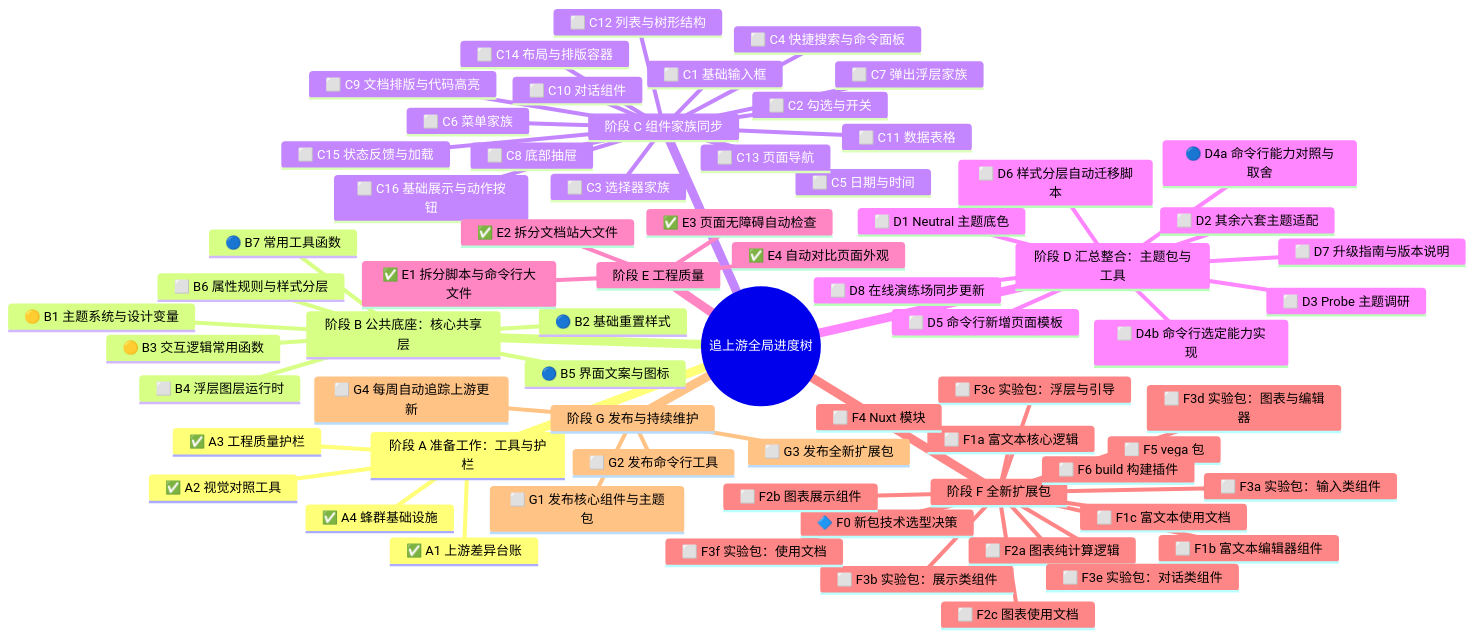
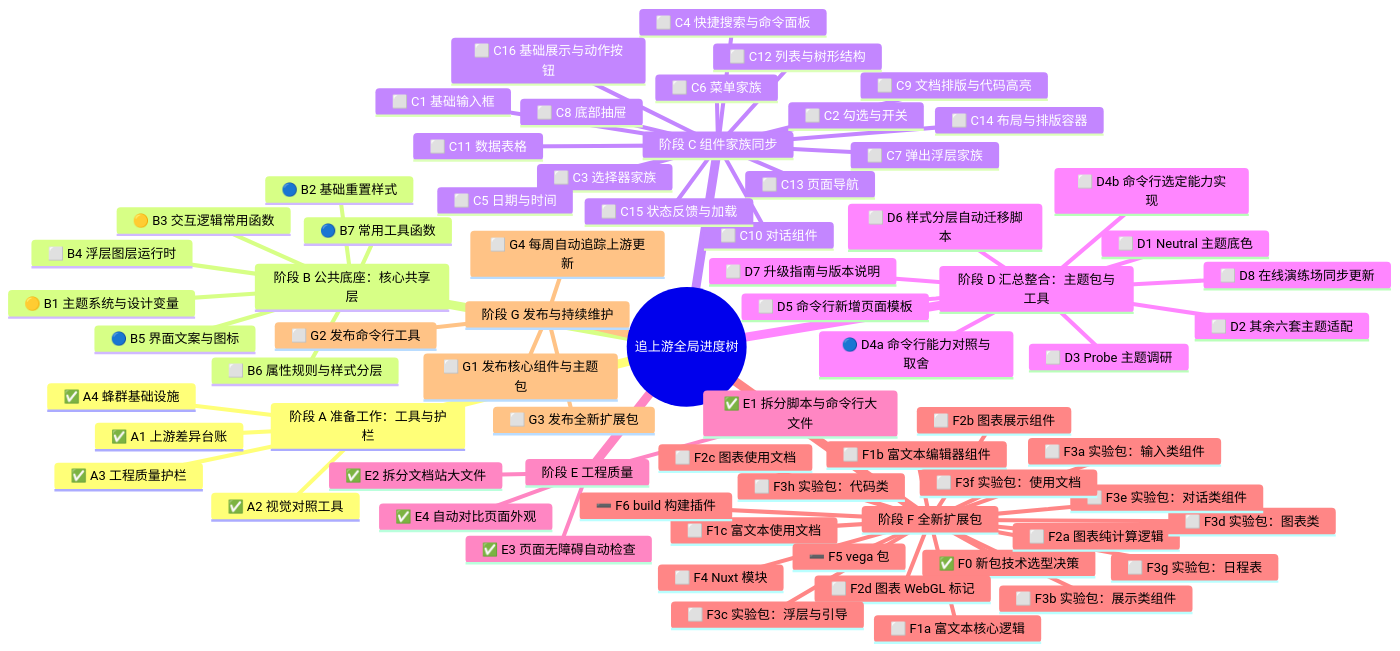
One commit to astryx-vue/astryx-vue changed the first of 6 diagrams in .agents-work/upstream-sync/ROADMAP.md. Above: the diagram before and after it, drawn with Mermaid. The commit also changed other lines of this file and 1 other file, not shown here.

````diff
--- a/.agents-work/upstream-sync/ROADMAP.md
+++ b/.agents-work/upstream-sync/ROADMAP.md
@@ -8,71 +8,74 @@
 ```mermaid
 mindmap
   root((追上游全局进度树))
     阶段 A 准备工作：工具与护栏
       ✅ A1 上游差异台账
       ✅ A2 视觉对照工具
       ✅ A3 工程质量护栏
       ✅ A4 蜂群基础设施
     阶段 B 公共底座：核心共享层
       🟡 B1 主题系统与设计变量
       🔵 B2 基础重置样式
       🟡 B3 交互逻辑常用函数
       ⬜ B4 浮层图层运行时
       🔵 B5 界面文案与图标
       ⬜ B6 属性规则与样式分层
       🔵 B7 常用工具函数
     阶段 C 组件家族同步
       ⬜ C1 基础输入框
       ⬜ C2 勾选与开关
       ⬜ C3 选择器家族
       ⬜ C4 快捷搜索与命令面板
       ⬜ C5 日期与时间
       ⬜ C6 菜单家族
       ⬜ C7 弹出浮层家族
       ⬜ C8 底部抽屉
       ⬜ C9 文档排版与代码高亮
       ⬜ C10 对话组件
       ⬜ C11 数据表格
       ⬜ C12 列表与树形结构
       ⬜ C13 页面导航
       ⬜ C14 布局与排版容器
       ⬜ C15 状态反馈与加载
       ⬜ C16 基础展示与动作按钮
     阶段 D 汇总整合：主题包与工具
       ⬜ D1 Neutral 主题底色
       ⬜ D2 其余六套主题适配
       ⬜ D3 Probe 主题调研
       🔵 D4a 命令行能力对照与取舍
       ⬜ D4b 命令行选定能力实现
       ⬜ D5 命令行新增页面模板
       ⬜ D6 样式分层自动迁移脚本
       ⬜ D7 升级指南与版本说明
       ⬜ D8 在线演练场同步更新
     阶段 E 工程质量
       ✅ E1 拆分脚本与命令行大文件
       ✅ E2 拆分文档站大文件
       ✅ E3 页面无障碍自动检查
       ✅ E4 自动对比页面外观
     阶段 F 全新扩展包
-      🔷 F0 新包技术选型决策
+      ✅ F0 新包技术选型决策
       ⬜ F1a 富文本核心逻辑
       ⬜ F1b 富文本编辑器组件
       ⬜ F1c 富文本使用文档
       ⬜ F2a 图表纯计算逻辑
       ⬜ F2b 图表展示组件
       ⬜ F2c 图表使用文档
+      ⬜ F2d 图表 WebGL 标记
       ⬜ F3a 实验包：输入类组件
       ⬜ F3b 实验包：展示类组件
+      ⬜ F3g 实验包：日程表
       ⬜ F3c 实验包：浮层与引导
-      ⬜ F3d 实验包：图表与编辑器
+      ⬜ F3d 实验包：图表类
+      ⬜ F3h 实验包：代码类
       ⬜ F3e 实验包：对话类组件
       ⬜ F3f 实验包：使用文档
       ⬜ F4 Nuxt 模块
-      ⬜ F5 vega 包
-      ⬜ F6 build 构建插件
+      ➖ F5 vega 包
+      ➖ F6 build 构建插件
     阶段 G 发布与持续维护
       ⬜ G1 发布核心组件与主题包
       ⬜ G2 发布命令行工具
       ⬜ G3 发布全新扩展包
       ⬜ G4 每周自动追踪上游更新
 ```
````
